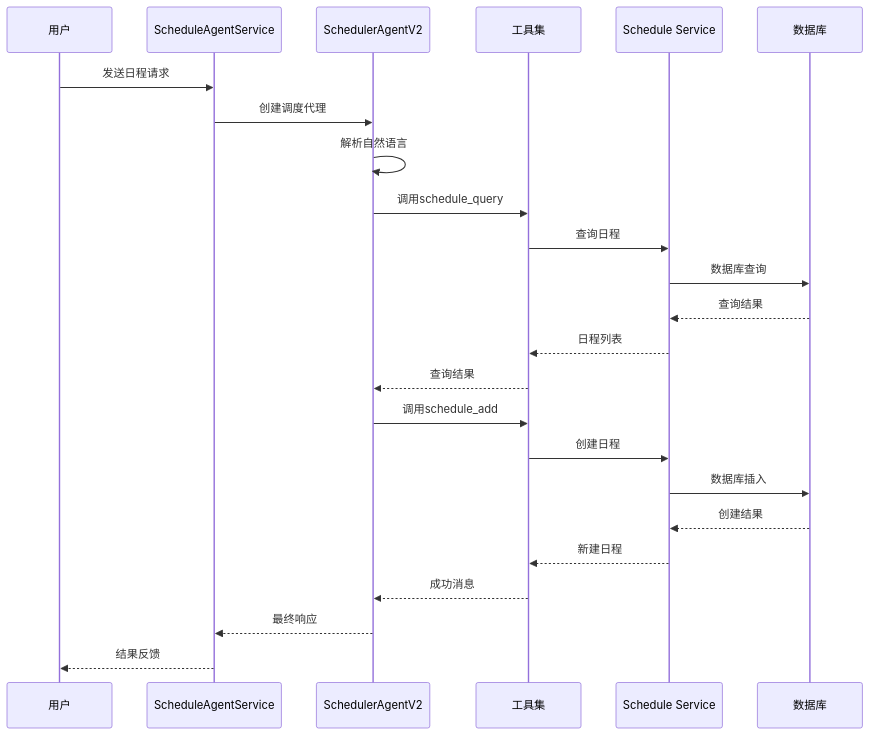
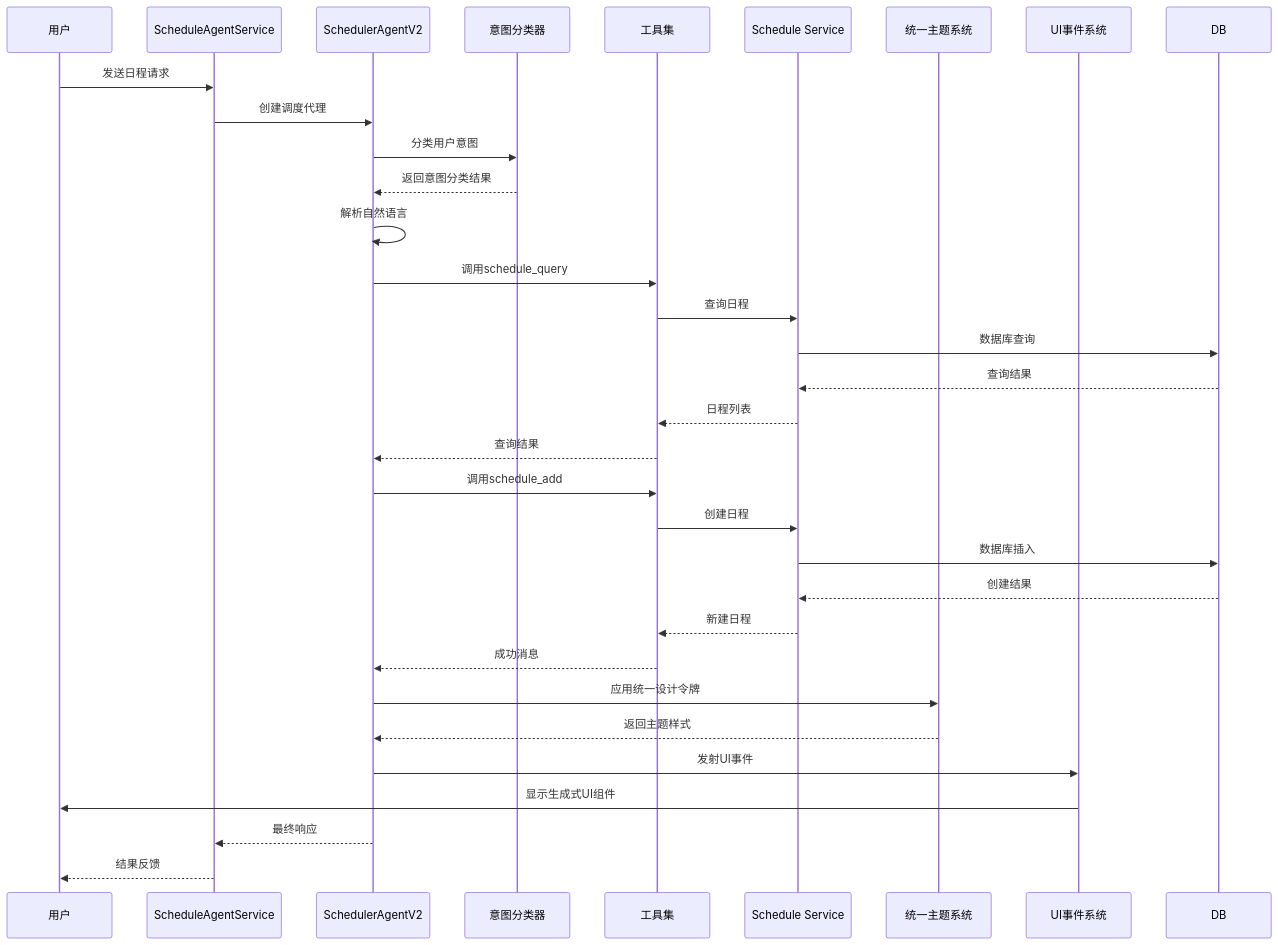
One commit to hrygo/memos changed the second of 23 diagrams in .qoder/repowiki/zh/content/AI 增强系统/Parrot 多代理 AI 系统/Schedule Parrot 日程管理代理.md. Above: the diagram before and after it, drawn with Mermaid. The commit also changed other lines of this file and 29 other files, not shown here.

````diff
--- a/.qoder/repowiki/zh/content/AI 增强系统/Parrot 多代理 AI 系统/Schedule Parrot 日程管理代理.md
+++ b/.qoder/repowiki/zh/content/AI 增强系统/Parrot 多代理 AI 系统/Schedule Parrot 日程管理代理.md
@@ -98,26 +145,34 @@
 ```mermaid
 sequenceDiagram
 participant User as 用户
 participant API as ScheduleAgentService
 participant Agent as SchedulerAgentV2
+participant Intent as 意图分类器
 participant Tools as 工具集
 participant Service as Schedule Service
-participant DB as 数据库
+participant Theme as 统一主题系统
+participant UI as UI事件系统
 User->>API : 发送日程请求
 API->>Agent : 创建调度代理
+Agent->>Intent : 分类用户意图
+Intent-->>Agent : 返回意图分类结果
 Agent->>Agent : 解析自然语言
 Agent->>Tools : 调用schedule_query
 Tools->>Service : 查询日程
 Service->>DB : 数据库查询
 DB-->>Service : 查询结果
 Service-->>Tools : 日程列表
 Tools-->>Agent : 查询结果
 Agent->>Tools : 调用schedule_add
 Tools->>Service : 创建日程
 Service->>DB : 数据库插入
 DB-->>Service : 创建结果
 Service-->>Tools : 新建日程
 Tools-->>Agent : 成功消息
+Agent->>Theme : 应用统一设计令牌
+Theme-->>Agent : 返回主题样式
+Agent->>UI : 发射UI事件
+UI->>User : 显示生成式UI组件
 Agent-->>API : 最终响应
 API-->>User : 结果反馈
 ```
````
